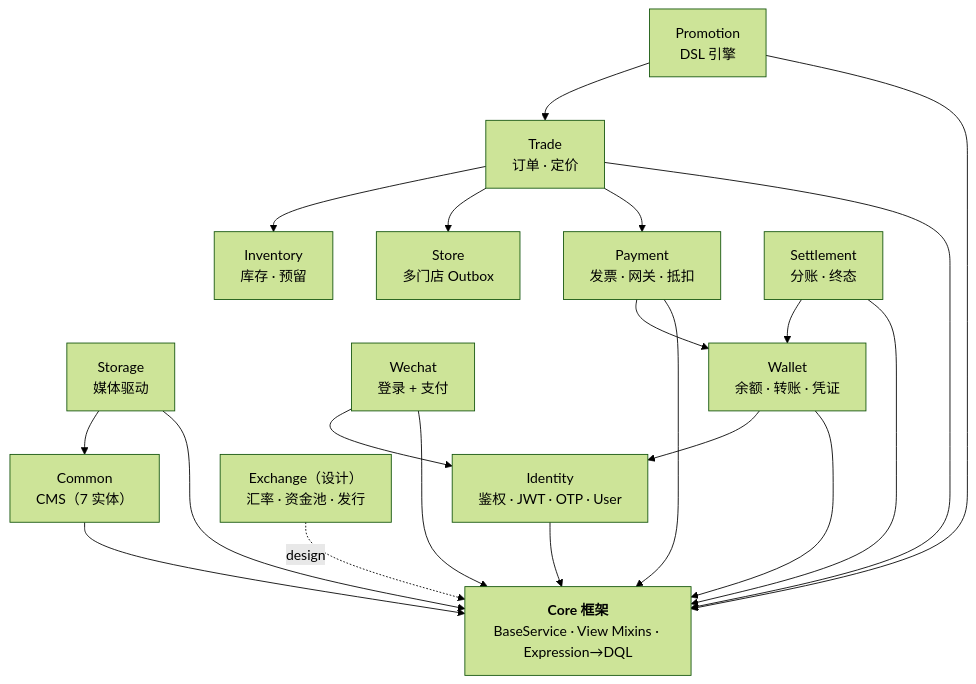
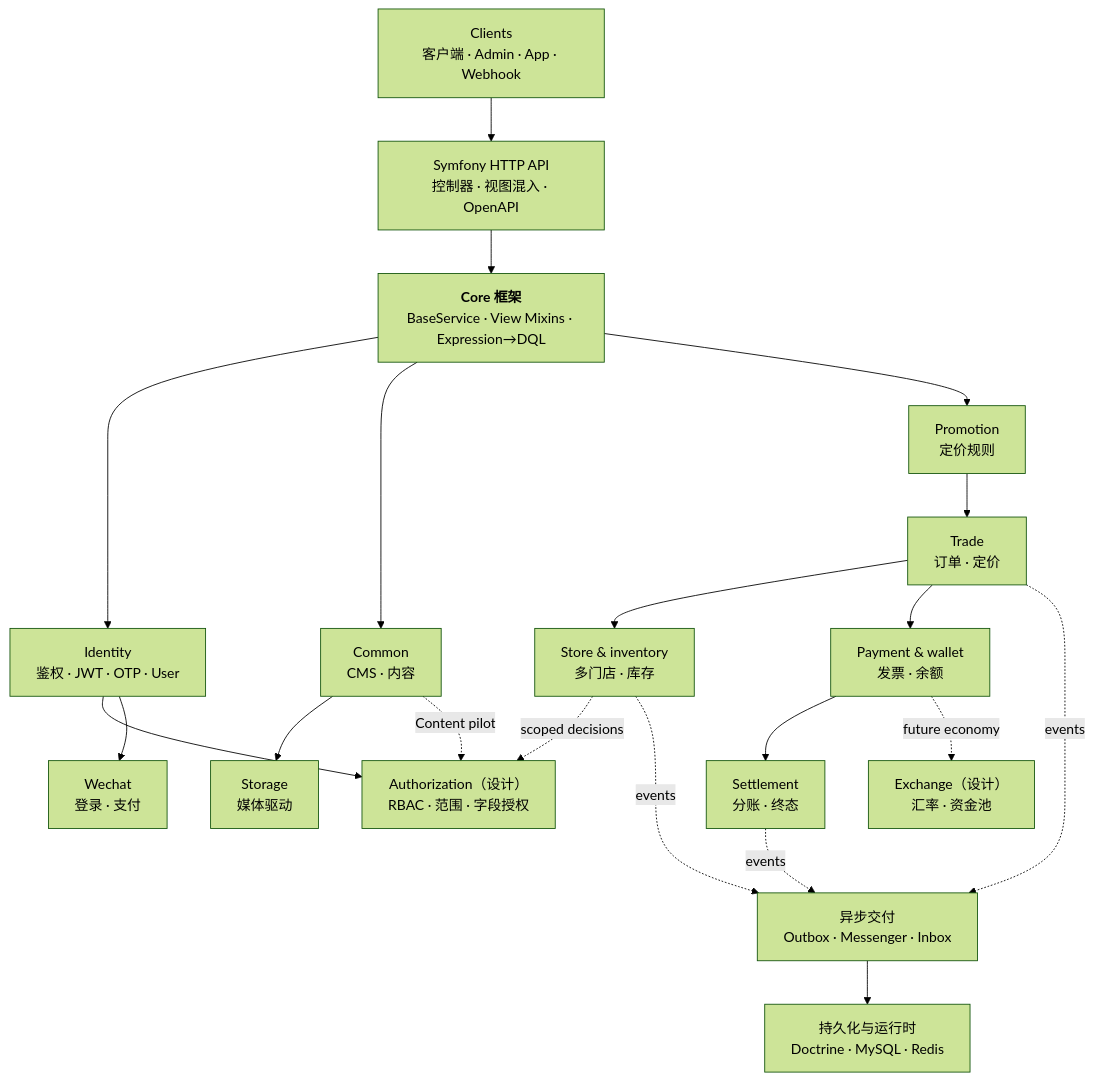
Before and after one commit to dream-studio-china/edc-online-membership: the first of 3 diagrams in README.zh-cn.md, drawn with Mermaid (forest theme). The commit also changed other lines of this file and 3 other files, not shown here.

First line of the commit message:
docs(readme): expand architecture diagram vertically and sync translations

````diff
--- a/README.zh-cn.md
+++ b/README.zh-cn.md
@@ -13,37 +13,38 @@
 ```mermaid
 flowchart TB
+    Client["Clients<br/>客户端 · Admin · App · Webhook"]
+    Api["Symfony HTTP API<br/>控制器 · 视图混入 · OpenAPI"]
     Core["<b>Core 框架</b><br/>BaseService · View Mixins · Expression→DQL"]
 
     Identity["Identity<br/>鉴权 · JWT · OTP · User"]
-    Common["Common<br/>CMS（7 实体）"]
+    Authorization["Authorization（设计）<br/>RBAC · 范围 · 字段授权"]
+    Common["Common<br/>CMS · 内容"]
     Storage["Storage<br/>媒体驱动"]
-    Wechat["Wechat<br/>登录 + 支付"]
-    Wallet["Wallet<br/>余额 · 转账 · 凭证"]
-    Payment["Payment<br/>发票 · 网关 · 抵扣"]
+    Promotion["Promotion<br/>定价规则"]
     Trade["Trade<br/>订单 · 定价"]
-    Store["Store<br/>多门店 Outbox"]
-    Inventory["Inventory<br/>库存 · 预留"]
-    Promotion["Promotion<br/>DSL 引擎"]
+    Fulfilment["Store & inventory<br/>多门店 · 库存"]
+    Payments["Payment & wallet<br/>发票 · 余额"]
+    Wechat["Wechat<br/>登录 · 支付"]
     Settlement["Settlement<br/>分账 · 终态"]
-    Exchange["Exchange（设计）<br/>汇率 · 资金池 · 发行"]
+    Exchange["Exchange（设计）<br/>汇率 · 资金池"]
+    Messaging["异步交付<br/>Outbox · Messenger · Inbox"]
+    Persistence["持久化与运行时<br/>Doctrine · MySQL · Redis"]
 
-    Identity --> Core
-    Common --> Core
-    Storage --> Core
-    Storage --> Common
-    Wechat --> Core
-    Wechat --> Identity
-    Wallet --> Core
-    Wallet --> Identity
-    Payment --> Core
-    Payment --> Wallet
-    Trade --> Core
-    Trade --> Payment
-    Trade --> Store
-    Trade --> Inventory
-    Promotion --> Core
+    Client --> Api --> Core
+    Core --> Identity
+    Core --> Common
+    Core --> Promotion
+    Identity --> Authorization
+    Identity --> Wechat
+    Common --> Storage
+    Common -. "Content pilot" .-> Authorization
     Promotion --> Trade
-    Settlement --> Core
-    Settlement --> Wallet
-    Exchange -. "design" .-> Core
+    Trade --> Fulfilment
+    Trade --> Payments --> Settlement
+    Fulfilment -. "scoped decisions" .-> Authorization
+    Payments -. "future economy" .-> Exchange
+    Trade -. events .-> Messaging
+    Fulfilment -. events .-> Messaging
+    Settlement -. events .-> Messaging
+    Messaging --> Persistence
 ```
````
